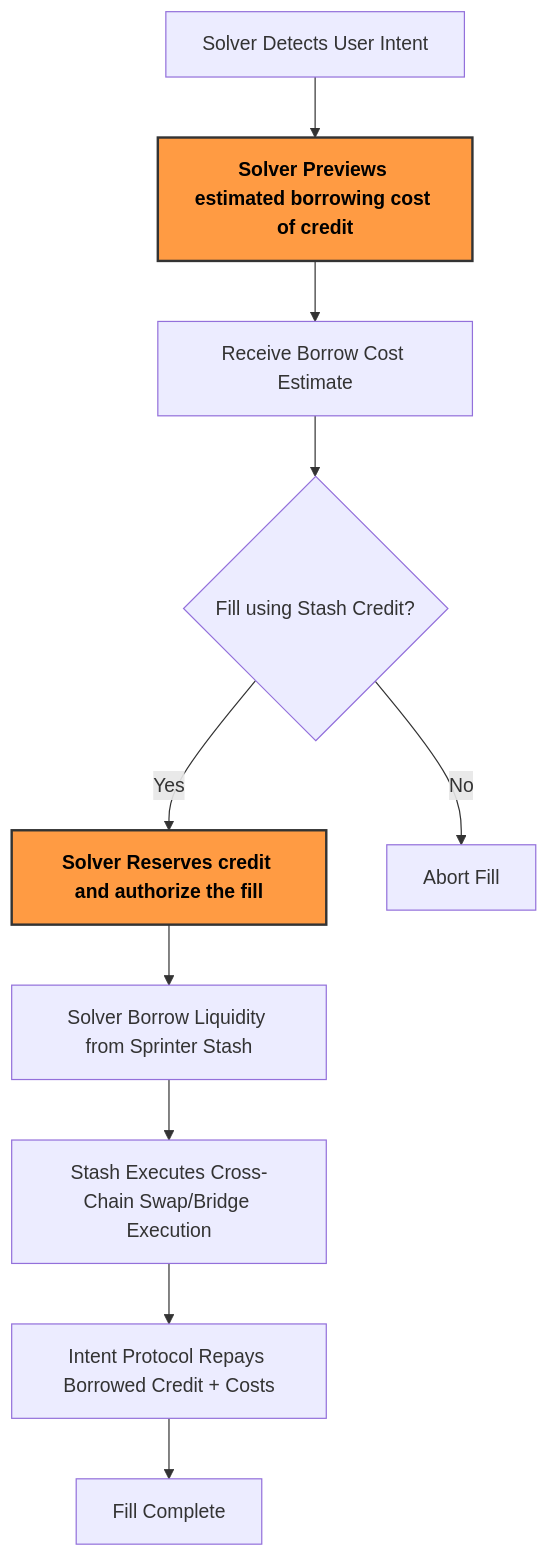
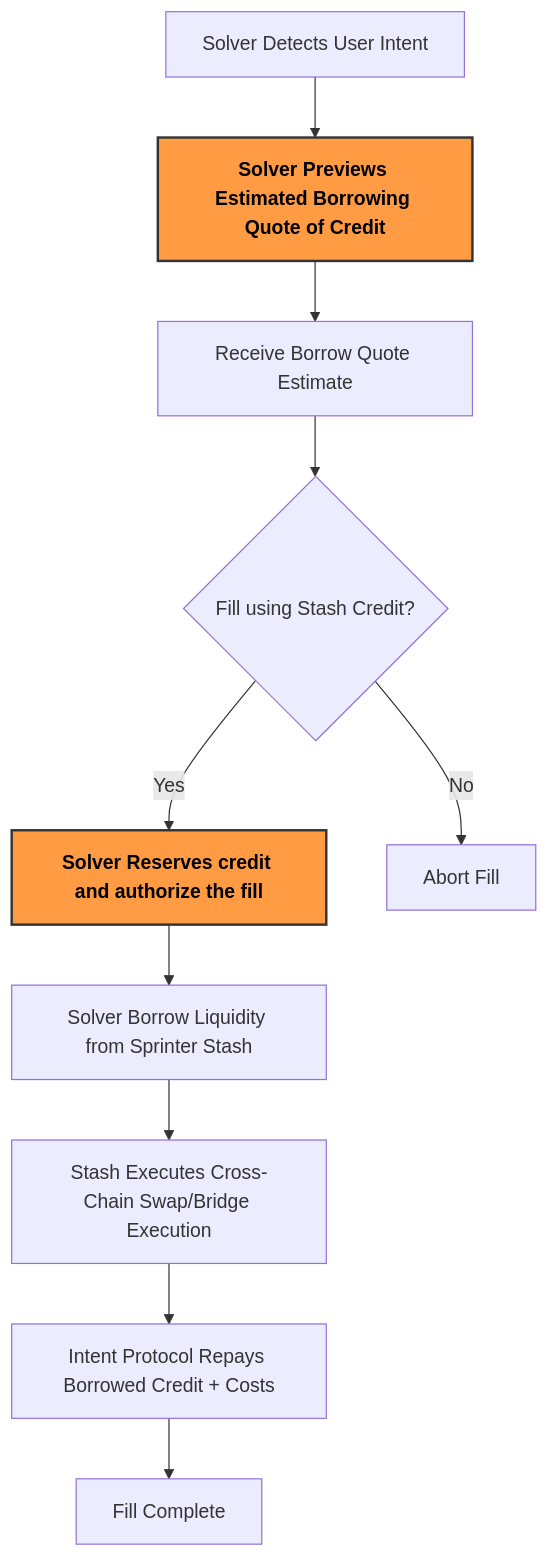
Before and after one commit to sprintertech/sprinter-sdk: the diagram in docs/docs/02-Stash/index.md, drawn with Mermaid. The commit also changed 7 other files, not shown here.

````diff
--- a/docs/docs/02-Stash/index.md
+++ b/docs/docs/02-Stash/index.md
@@ -24,19 +24,19 @@
 ```mermaid
 flowchart TD
-  A[Solver Detects User Intent] --> B[Solver Previews estimated borrowing cost of credit]
-  B --> C[Receive Borrow Cost Estimate]
+  A[Solver Detects User Intent] --> B[Solver Previews Estimated Borrowing Quote of Credit]
+  B --> C[Receive Borrow Quote Estimate]
   C --> D{Fill using Stash Credit?}
   D -- Yes --> E[Solver Reserves credit and authorize the fill]
   D -- No --> F[Abort Fill]
   E --> G[Solver Borrow Liquidity from Sprinter Stash]
   G --> H[Stash Executes Cross-Chain Swap/Bridge Execution]
   H --> I[Intent Protocol Repays Borrowed Credit + Costs]
   I --> J[Fill Complete]
 
 click B "borrow-cost-api" "Borrow Cost"
 style B fill:#FF9B43,stroke:#333,stroke-width:2px,color:#000,font-weight:bold
 
 click E "borrow-quote-api" "Borrow Quote"
 style E fill:#FF9B43,stroke:#333,stroke-width:2px,color:#000,font-weight:bold
 
 ```
````
